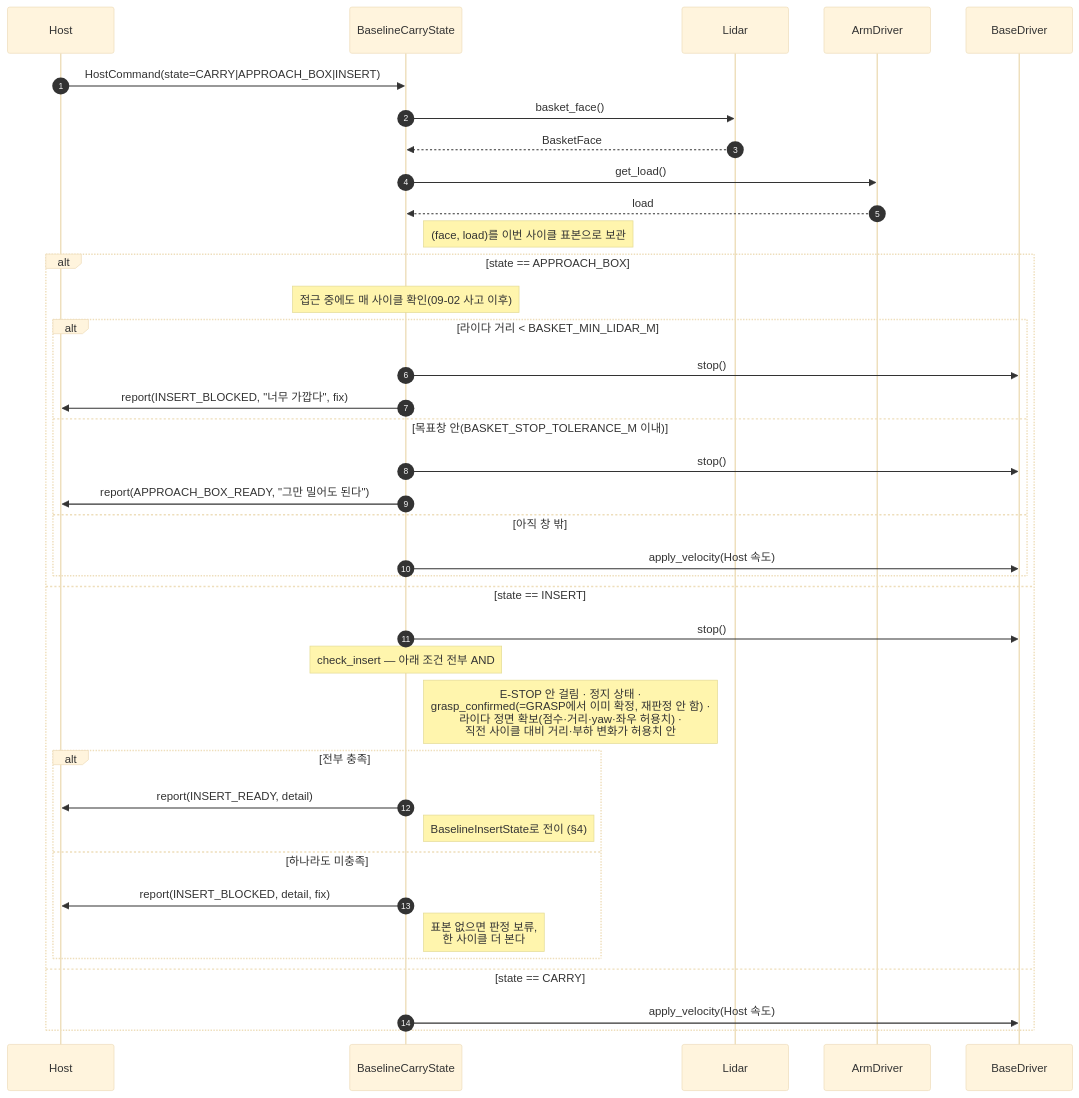
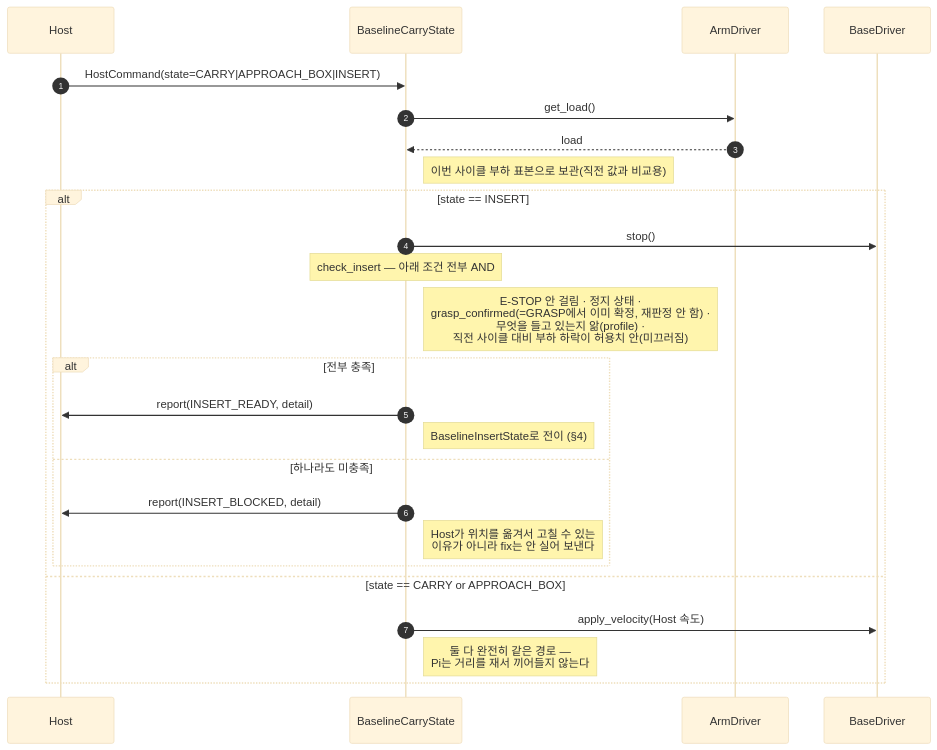
One commit to grippers-intel/grippers changed the third of 5 diagrams in docs/design/sequences.md. Above: the diagram before and after it, drawn with Mermaid (base theme). The commit also changed other lines of this file and 13 other files, not shown here.

First line of the commit message:
INSERT 위치 판정에서 라이다를 제거 — Host 명령만으로 즉시 투하 (사용자 지시 2026-09-04)

````diff
--- a/docs/design/sequences.md
+++ b/docs/design/sequences.md
@@ -125,42 +130,29 @@
 ```mermaid
 sequenceDiagram
     autonumber
     participant H as Host
     participant M as BaselineCarryState
-    participant L as Lidar
     participant A as ArmDriver
     participant B as BaseDriver
 
     H->>M: HostCommand(state=CARRY|APPROACH_BOX|INSERT)
-    M->>L: basket_face()
-    L-->>M: BasketFace
     M->>A: get_load()
     A-->>M: load
-    Note right of M: (face, load)를 이번 사이클 표본으로 보관
+    Note right of M: 이번 사이클 부하 표본으로 보관(직전 값과 비교용)
 
-    alt state == APPROACH_BOX
-        Note over M: 접근 중에도 매 사이클 확인(09-02 사고 이후)
-        alt 라이다 거리 < BASKET_MIN_LIDAR_M
-            M->>B: stop()
-            M->>H: report(INSERT_BLOCKED, "너무 가깝다", fix)
-        else 목표창 안(BASKET_STOP_TOLERANCE_M 이내)
-            M->>B: stop()
-            M->>H: report(APPROACH_BOX_READY, "그만 밀어도 된다")
-        else 아직 창 밖
-            M->>B: apply_velocity(Host 속도)
-        end
-    else state == INSERT
+    alt state == INSERT
         M->>B: stop()
         Note over M: check_insert — 아래 조건 전부 AND
-        Note right of M: E-STOP 안 걸림 · 정지 상태 ·<br/>grasp_confirmed(=GRASP에서 이미 확정, 재판정 안 함) ·<br/>라이다 정면 확보(점수·거리·yaw·좌우 허용치) ·<br/>직전 사이클 대비 거리·부하 변화가 허용치 안
+        Note right of M: E-STOP 안 걸림 · 정지 상태 ·<br/>grasp_confirmed(=GRASP에서 이미 확정, 재판정 안 함) ·<br/>무엇을 들고 있는지 앎(profile) ·<br/>직전 사이클 대비 부하 하락이 허용치 안(미끄러짐)
         alt 전부 충족
             M->>H: report(INSERT_READY, detail)
             Note right of M: BaselineInsertState로 전이 (§4)
         else 하나라도 미충족
-            M->>H: report(INSERT_BLOCKED, detail, fix)
-            Note right of M: 표본 없으면 판정 보류,<br/>한 사이클 더 본다
+            M->>H: report(INSERT_BLOCKED, detail)
+            Note right of M: Host가 위치를 옮겨서 고칠 수 있는<br/>이유가 아니라 fix는 안 실어 보낸다
         end
-    else state == CARRY
+    else state == CARRY or APPROACH_BOX
         M->>B: apply_velocity(Host 속도)
+        Note right of M: 둘 다 완전히 같은 경로 —<br/>Pi는 거리를 재서 끼어들지 않는다
     end
 ```
````
